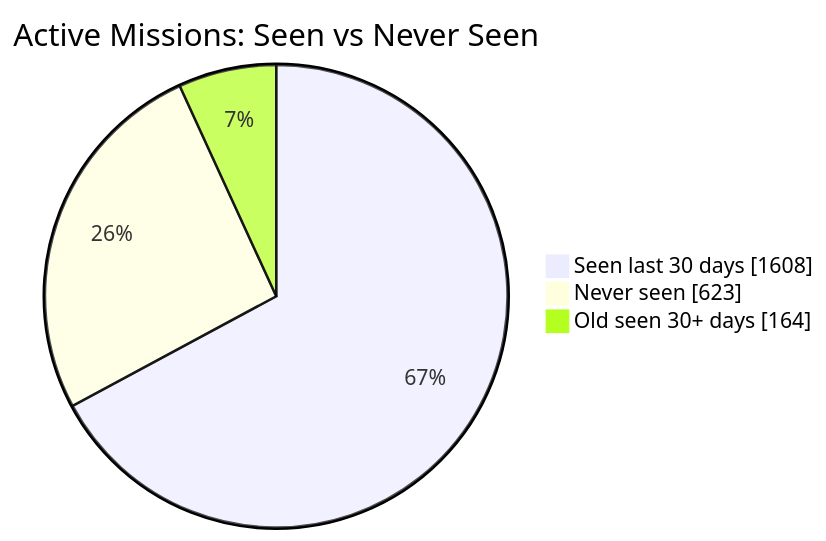
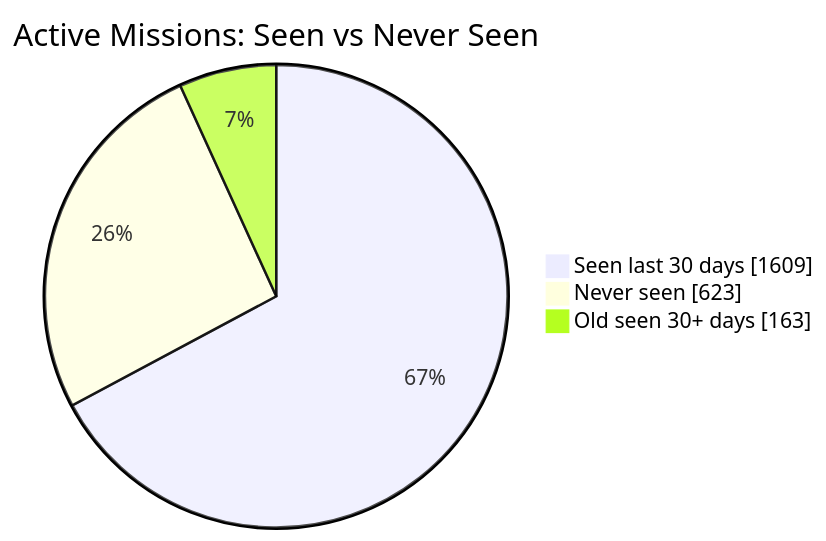
The first of 2 diagrams in README.md (MeldkamerspelGameTeam/active-missions), drawn with Mermaid before and after one commit. The commit also changed other lines of this file and 2 other files, not shown here.

````diff
--- a/README.md
+++ b/README.md
@@ -34,7 +34,7 @@
 ```mermaid
 pie showData
     title Active Missions: Seen vs Never Seen
-    "Seen last 30 days" : 1608
+    "Seen last 30 days" : 1609
     "Never seen" : 623
-    "Old seen 30+ days" : 164
+    "Old seen 30+ days" : 163
 ```
````
